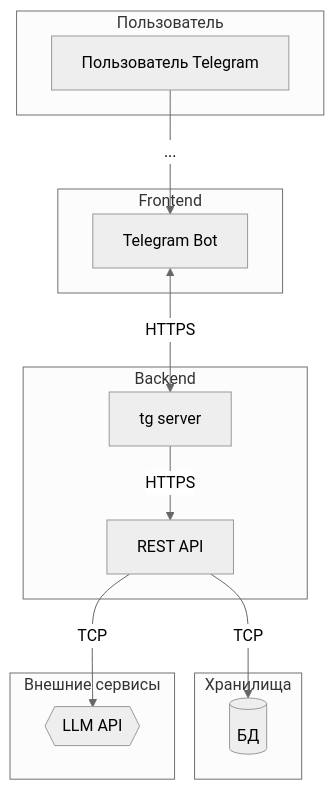
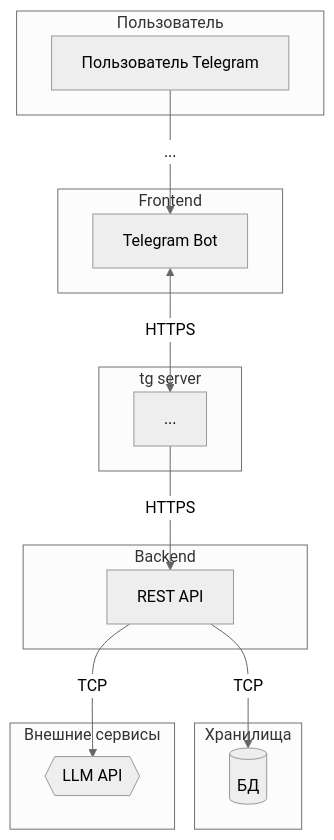
Before and after one commit to patolog123/Analyst-3.0: the diagram in Анастасия_Друзьянова/architect.MD, drawn with Mermaid (neutral theme).

````diff
--- a/Анастасия_Друзьянова/architect.MD
+++ b/Анастасия_Друзьянова/architect.MD
@@ -1,33 +1,33 @@
 ```mermaid
 graph TD
     subgraph "Пользователь"
         A[Пользователь Telegram]
     end
 
     subgraph "Frontend"
         B[Telegram Bot]
     end
     
-    subgraph "Backend"
-        C[tg server]
+    subgraph "tg server"
+        C[...]
     end
 
     subgraph "Backend"
         D[REST API]
     end
 
     subgraph "Хранилища"
         E[(БД)]
     end
 
     subgraph "Внешние сервисы"
         F{{LLM API}}
     end
 
     %% Связи между компонентами
     A -- ... --> B
     B <-- HTTPS --> C
     C -- HTTPS --> D
     D -- TCP --> E
     D -- TCP --> F
 ```
````
